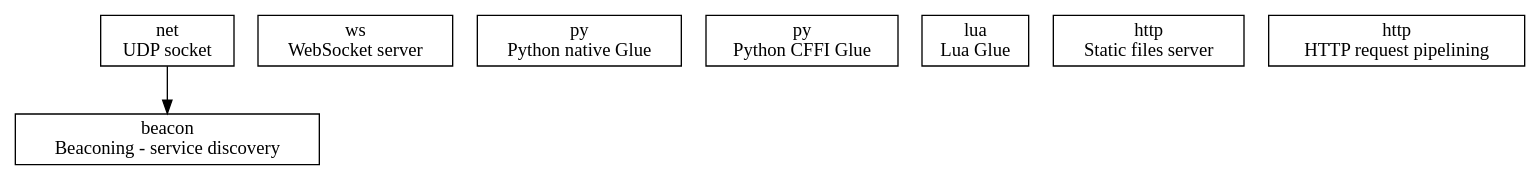
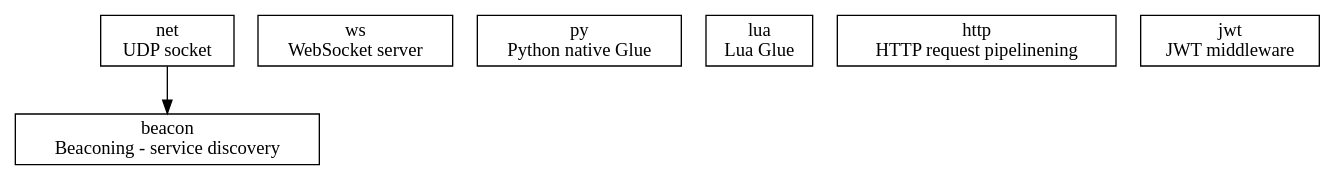
One commit to isn-/dfk changed the diagram in doc/future.dot. Above: the diagram before and after it, drawn with Graphviz. The commit also changed 18 other files, not shown here.

```diff
--- a/doc/future.dot
+++ b/doc/future.dot
@@ -1,21 +1,19 @@
 digraph "DFK Library Roadmap - Future" {
   node [shape=box];
   ratio="compress";
 
   udp_socket [label="net\nUDP socket"];
 
   beacon [label="beacon\nBeaconing - service discovery"];
     udp_socket -> beacon;
 
   ws [label="ws\nWebSocket server"];
 
   python [label="py\nPython native Glue"];
-  pythonffi [label="py\nPython CFFI Glue"];
 
   lua [label="lua\nLua Glue"];
 
-  static [label="http\nStatic files server"];
+  pipelinening [label="http\nHTTP request pipelinening"];
 
-  pipelining [label="http\nHTTP request pipelining"];
-
+  jwt [label="jwt\nJWT middleware"];
 }
```
